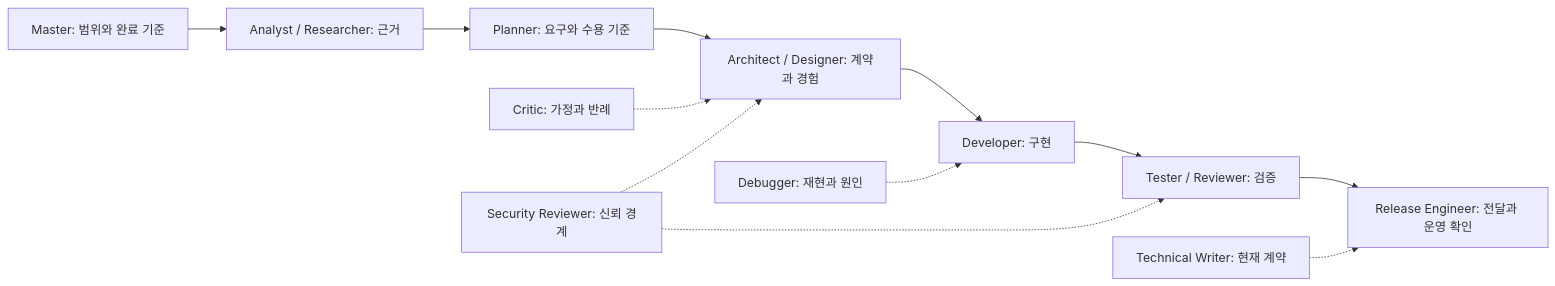
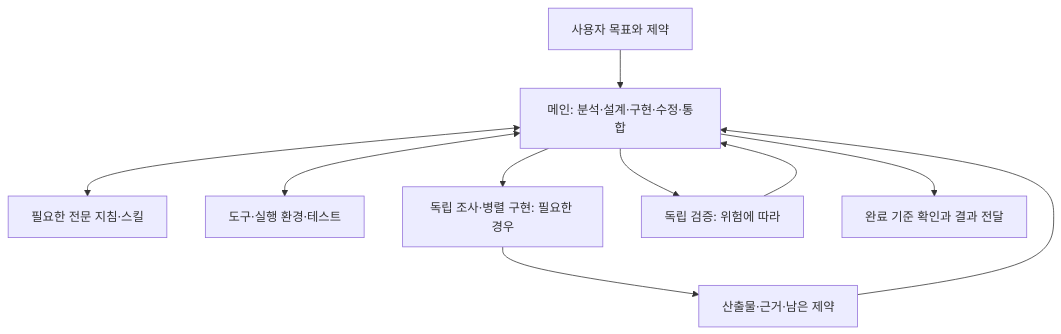
One commit to nalbam/dotfiles changed the diagram in docs/DEVELOPMENT_AGENTS.md. Above: the diagram before and after it, drawn with Mermaid. The commit also changed other lines of this file and 46 other files, not shown here.

````diff
--- a/docs/DEVELOPMENT_AGENTS.md
+++ b/docs/DEVELOPMENT_AGENTS.md
@@ -32,14 +11,12 @@
 ```mermaid
-flowchart LR
-    M[Master: 범위와 완료 기준] --> A[Analyst / Researcher: 근거]
-    A --> P[Planner: 요구와 수용 기준]
-    P --> D[Architect / Designer: 계약과 경험]
-    D --> I[Developer: 구현]
-    I --> V[Tester / Reviewer: 검증]
-    V --> R[Release Engineer: 전달과 운영 확인]
-    C[Critic: 가정과 반례] -.-> D
-    S[Security Reviewer: 신뢰 경계] -.-> D
-    S -.-> V
-    B[Debugger: 재현과 원인] -.-> I
-    W[Technical Writer: 현재 계약] -.-> R
+flowchart TD
+    U[사용자 목표와 제약] --> M[메인: 분석·설계·구현·수정·통합]
+    M <--> S[필요한 전문 지침·스킬]
+    M <--> T[도구·실행 환경·테스트]
+    M --> W[독립 조사·병렬 구현: 필요한 경우]
+    W --> E[산출물·근거·남은 제약]
+    E --> M
+    M --> V[독립 검증: 위험에 따라]
+    V --> M
+    M --> D[완료 기준 확인과 결과 전달]
 ```
````
